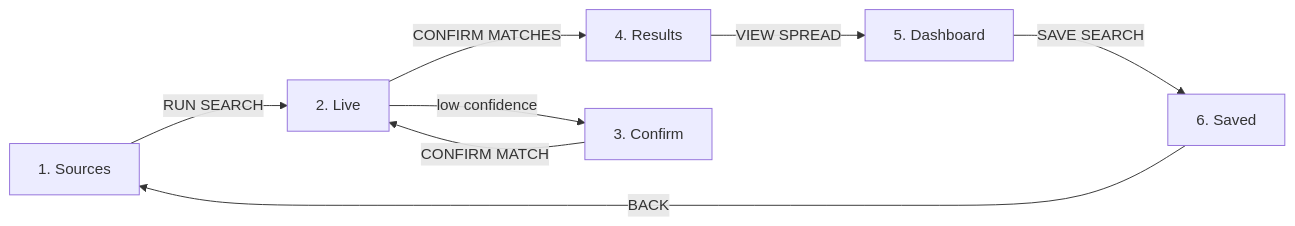
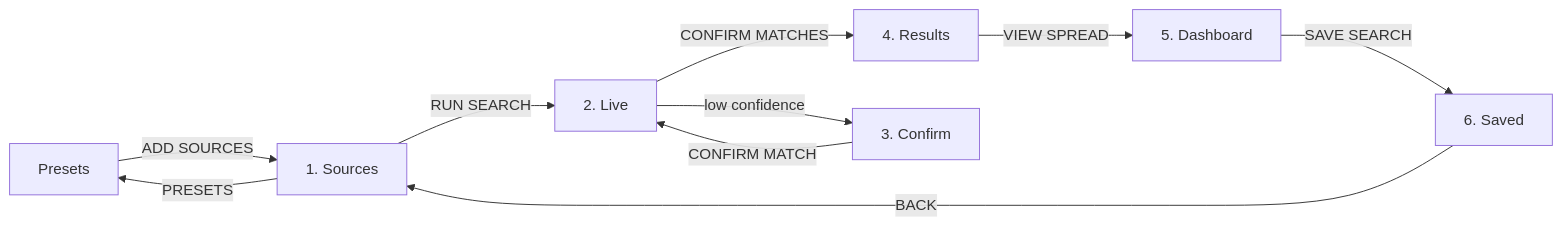
The second of 3 diagrams in README.md (Keagan-Boucher/SIFT), drawn with Mermaid before and after one commit. The commit also changed other lines of this file and 5 other files, not shown here.

````diff
--- a/README.md
+++ b/README.md
@@ -418,10 +432,12 @@
 ```mermaid
 flowchart LR
-    S["1. Sources"] -->|RUN SEARCH| L["2. Live"]
+    P["Presets"] -->|ADD SOURCES| S
+    S["1. Sources"] -->|PRESETS| P
+    S -->|RUN SEARCH| L["2. Live"]
     L -->|CONFIRM MATCHES| R["4. Results"]
     L -->|low confidence| C["3. Confirm"]
     C -->|CONFIRM MATCH| L
     R -->|VIEW SPREAD| D["5. Dashboard"]
     D -->|SAVE SEARCH| V["6. Saved"]
     V -->|BACK| S
 ```
````
